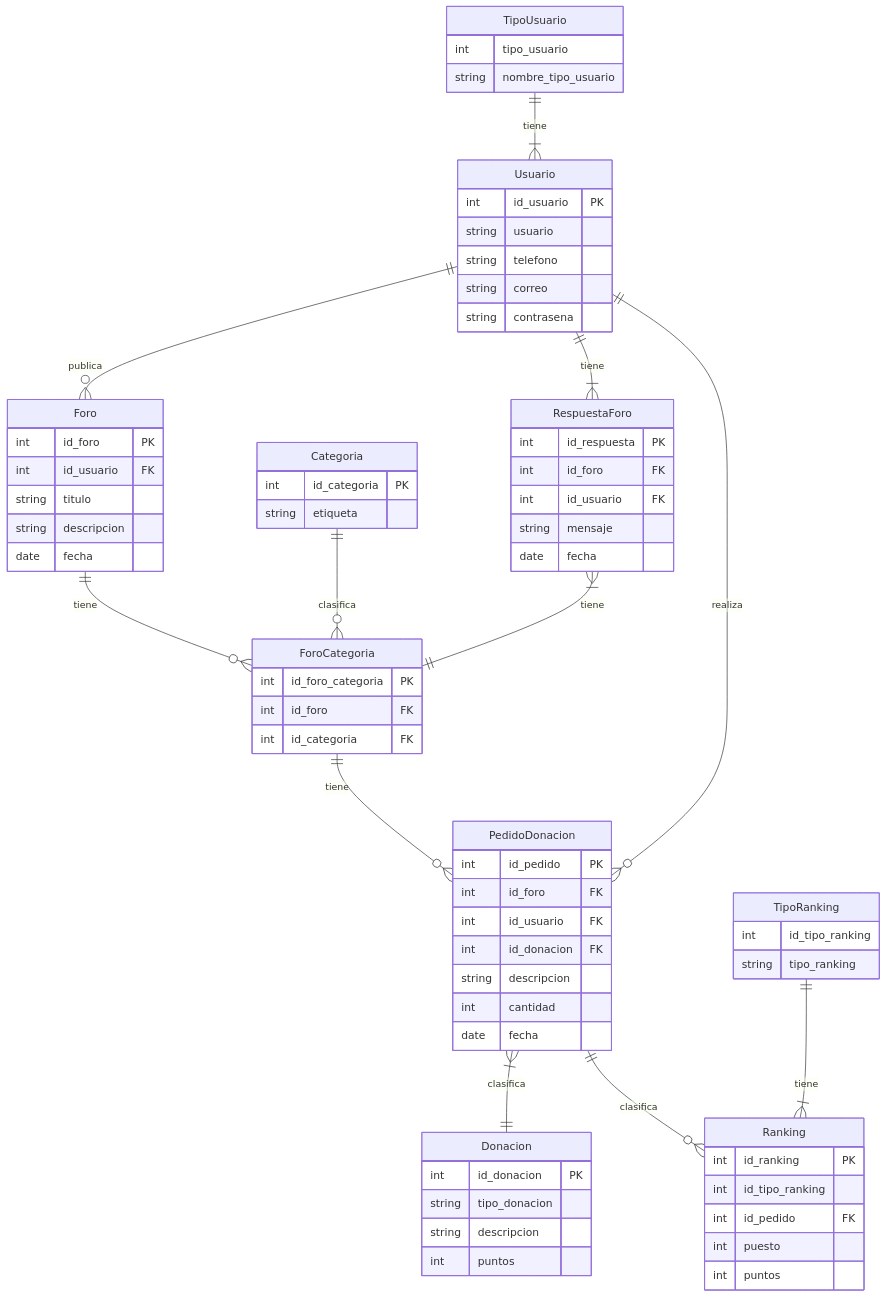
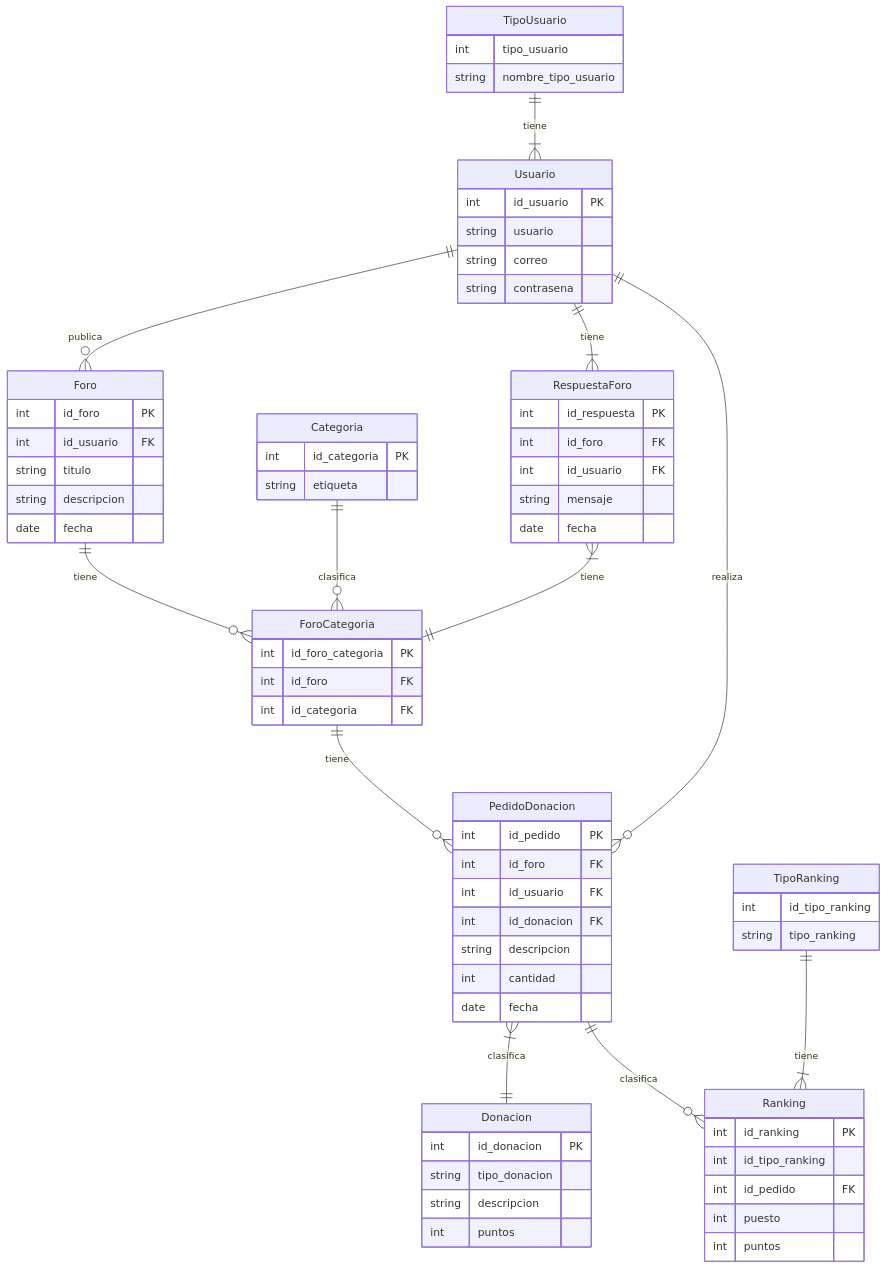
One commit to SantiagoSalvay/ProyectoFinalFAT changed the diagram in diagramas/ERdiagram.mmd. Above: the diagram before and after it, drawn with Mermaid. The commit also changed 6 other files, not shown here.

```diff
--- a/diagramas/ERdiagram.mmd
+++ b/diagramas/ERdiagram.mmd
@@ -1,73 +1,72 @@
 erDiagram
 
     TipoUsuario{
         int tipo_usuario
         string nombre_tipo_usuario
     }
     Usuario{
         int id_usuario PK
         string usuario
-        string telefono
         string correo
         string contrasena
     }
     Ranking{
         int id_ranking PK
         int id_tipo_ranking
         int id_pedido FK
         int puesto
         int puntos
     }
     TipoRanking{
         int id_tipo_ranking
         string tipo_ranking
     }
     Donacion {
         int id_donacion PK
         string tipo_donacion
         string descripcion
         int puntos
     }
     Foro {
         int id_foro PK
         int id_usuario FK
         string titulo
         string descripcion
         date fecha
     }
     Categoria {
         int id_categoria PK
         string etiqueta
     }
     ForoCategoria {
         int id_foro_categoria PK
         int id_foro FK
         int id_categoria FK
     }
     RespuestaForo {
         int id_respuesta PK
         int id_foro FK
         int id_usuario FK
         string mensaje
         date fecha
     }
     PedidoDonacion {
         int id_pedido PK
         int id_foro FK
         int id_usuario FK
         int id_donacion FK
         string descripcion
         int cantidad
         date fecha
     }
     TipoUsuario ||-- |{ Usuario: tiene
     Usuario ||--o{ Foro : publica
     Foro ||--o{ ForoCategoria : tiene
     Categoria ||--o{ ForoCategoria : clasifica
     ForoCategoria ||--o{ PedidoDonacion : tiene
     RespuestaForo }|--|| ForoCategoria : tiene
     Usuario ||--|{ RespuestaForo: tiene
     Usuario ||--o{ PedidoDonacion : realiza
     PedidoDonacion }|--|| Donacion : clasifica
     PedidoDonacion ||--o{ Ranking : clasifica
     TipoRanking ||--|{Ranking: tiene
```
